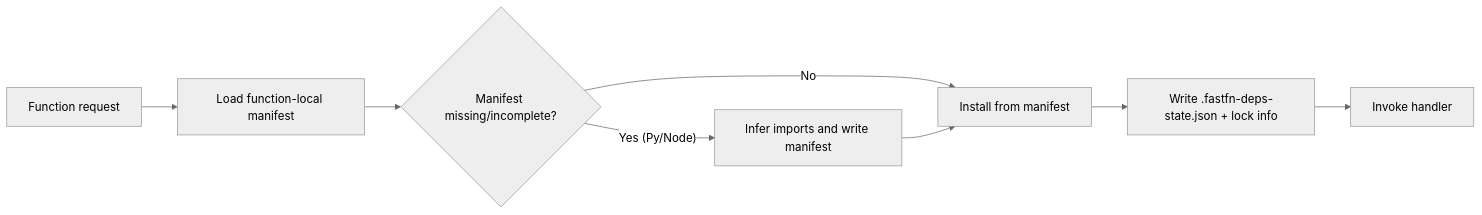
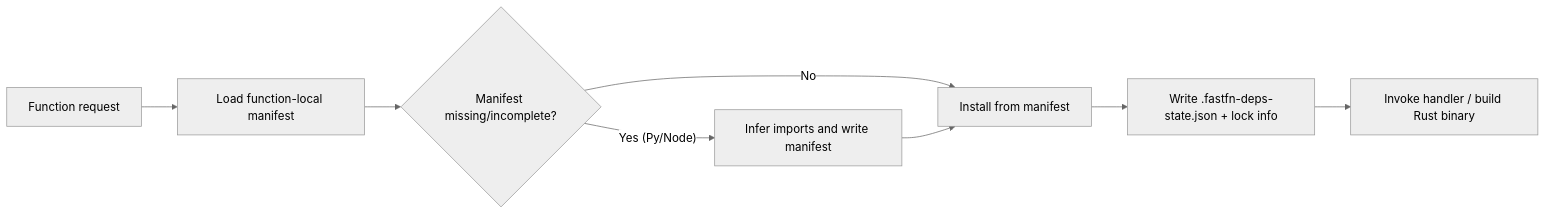
Before and after one commit to misaelzapata/fastfn: the first of 2 diagrams in docs/en/reference/function-spec.md, drawn with Mermaid (neutral theme). The commit also changed other lines of this file and 47 other files, not shown here.

````diff
--- a/docs/en/reference/function-spec.md
+++ b/docs/en/reference/function-spec.md
@@ -293,10 +336,10 @@
 ```mermaid
 flowchart LR
   A["Function request"] --> B["Load function-local manifest"]
   B --> C{"Manifest missing/incomplete?"}
   C -- "No" --> D["Install from manifest"]
   C -- "Yes (Py/Node)" --> E["Infer imports and write manifest"]
   E --> D
   D --> F["Write .fastfn-deps-state.json + lock info"]
-  F --> G["Invoke handler"]
+  F --> G["Invoke handler / build Rust binary"]
 ```
````
